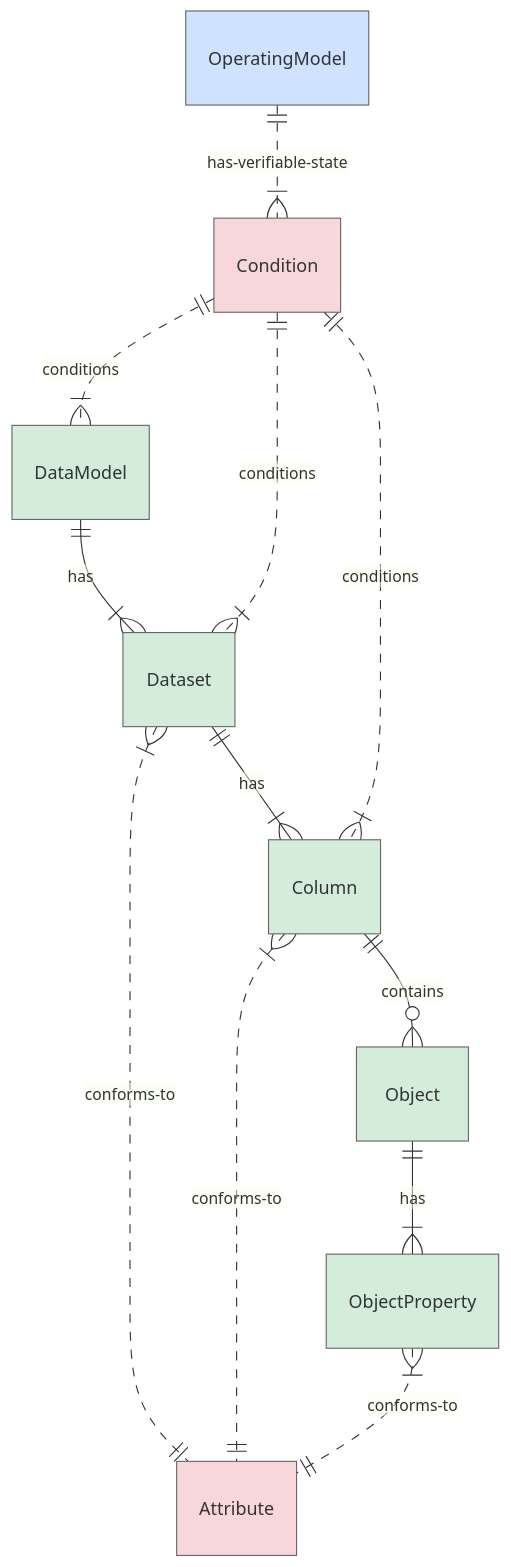
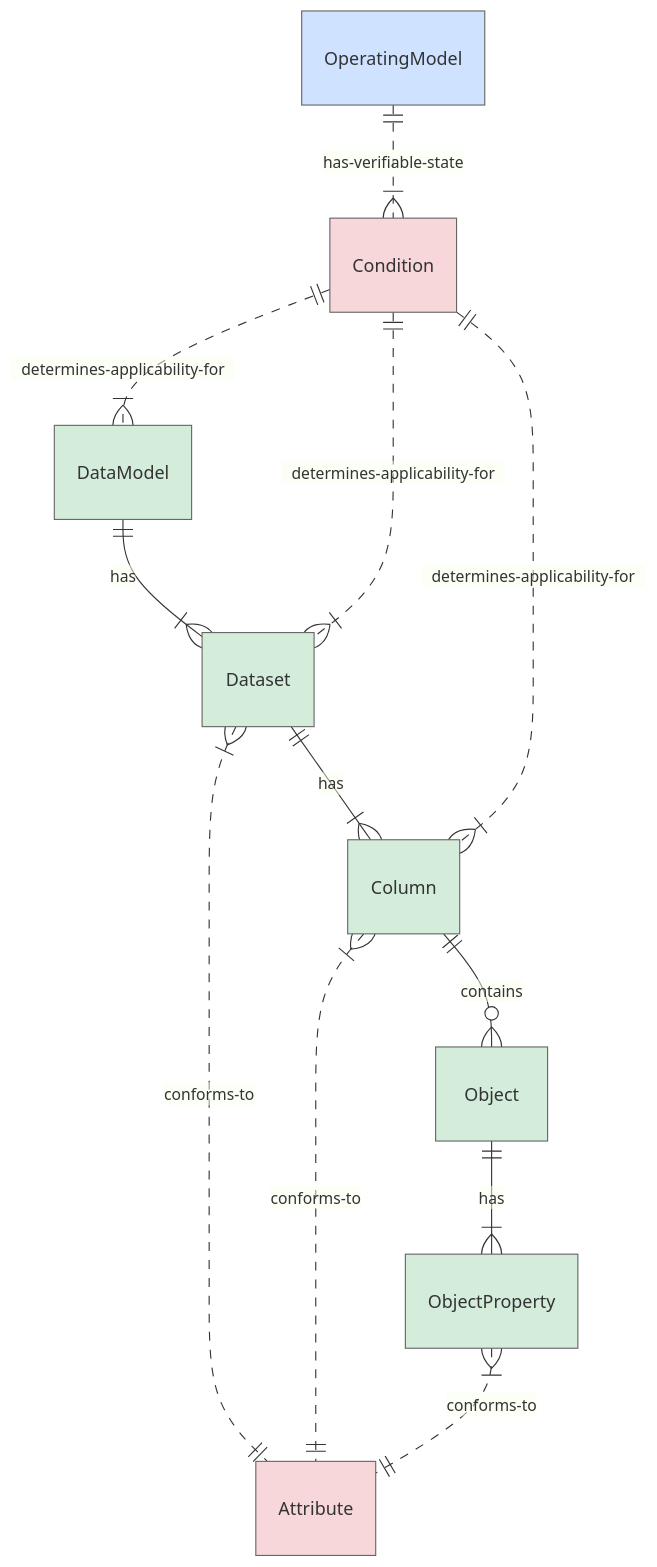
Before and after one commit to FinOps-Open-Cost-and-Usage-Spec/FOCUS_Spec: the second of 2 diagrams in guidelines/contributors/normative-requirements-guidelines.md, drawn with Mermaid. The commit also changed other lines of this file, not shown here.

````diff
--- a/guidelines/contributors/normative-requirements-guidelines.md
+++ b/guidelines/contributors/normative-requirements-guidelines.md
@@ -47,31 +49,31 @@
 ```mermaid
 erDiagram
 DataModel ||--|{ Dataset : has
 Dataset ||--|{ Column : has
 Column ||--o{ Object : contains
 Object ||--|{ ObjectProperty : has
 
 OperatingModel ||..|{ Condition : has-verifiable-state
 
-Condition ||..|{ DataModel : conditions
-Condition ||..|{ Dataset : conditions
-Condition ||..|{ Column : conditions
+Condition ||..|{ DataModel : determines-applicability-for
+Condition ||..|{ Dataset : determines-applicability-for
+Condition ||..|{ Column : determines-applicability-for
 
 Dataset }|..|| Attribute : conforms-to
 Column }|..|| Attribute : conforms-to
 ObjectProperty }|..|| Attribute : conforms-to
 
 %% Business Domain
 style OperatingModel fill:#cfe2ff,stroke:#666,stroke-width:1px
 
 %% Normative entities
 style Condition fill:#f8d7da,stroke:#666,stroke-width:1px
 style Attribute fill:#f8d7da,stroke:#666,stroke-width:1px
 
 %% Schema entities
 style DataModel fill:#d4edda,stroke:#666,stroke-width:1px
 style Dataset fill:#d4edda,stroke:#666,stroke-width:1px
 style Column fill:#d4edda,stroke:#666,stroke-width:1px
 style Object fill:#d4edda,stroke:#666,stroke-width:1px
 style ObjectProperty fill:#d4edda,stroke:#666,stroke-width:1px
 ```
````
